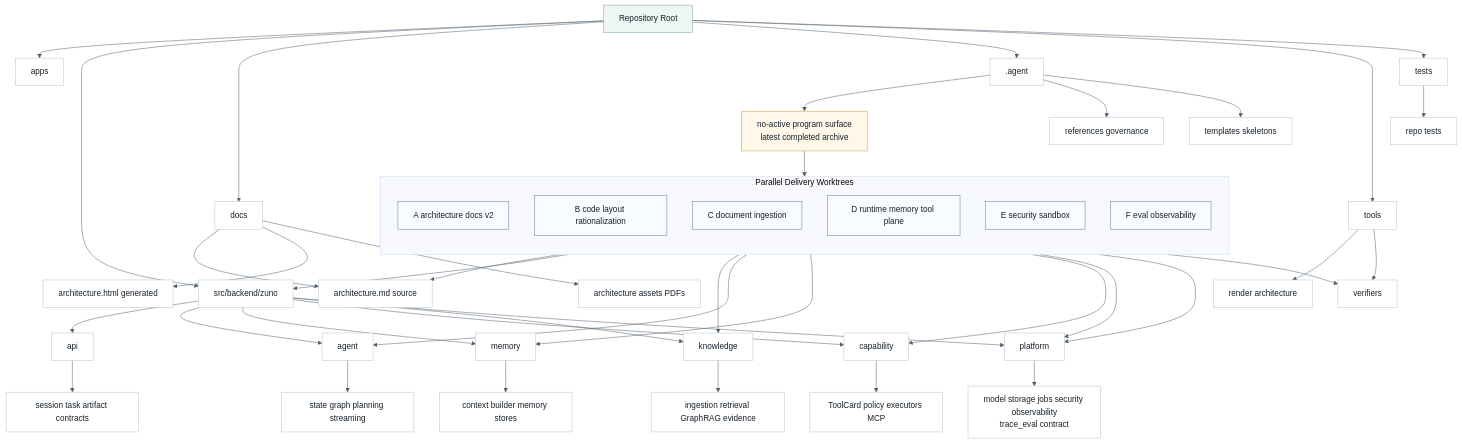
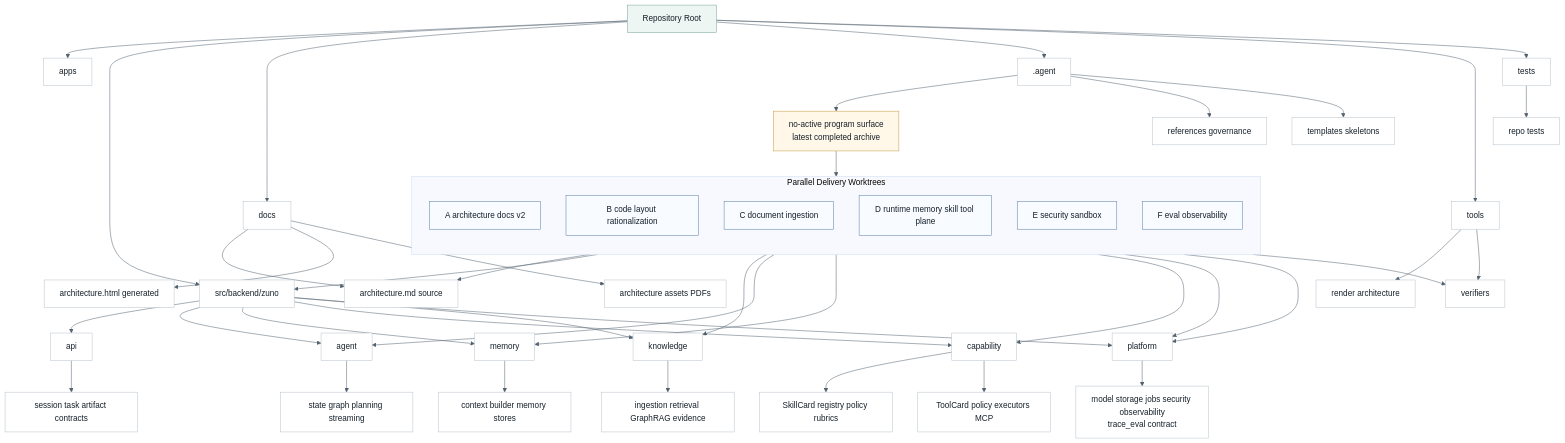
Before and after one commit to ProfessorZhi/Zuno: the second of 10 diagrams in .agent/architecture/architecture.md, drawn with Mermaid. The commit also changed other lines of this file and 12 other files, not shown here.

Commit message:
docs: define agent core capability architecture

````diff
--- a/.agent/architecture/architecture.md
+++ b/.agent/architecture/architecture.md
@@ -1309,59 +1424,60 @@
 ```mermaid
 %%{init: {"theme": "base", "themeVariables": {"background": "#f7f8fb", "lineColor": "#52616f"}}}%%
 flowchart TB
   classDef node fill:#ffffff,stroke:#b8c2cc,stroke-width:1px,color:#16202a;
   classDef accent fill:#eef6f3,stroke:#7aa59a,stroke-width:1px,color:#16202a;
   classDef guard fill:#fff8e8,stroke:#c59b43,stroke-width:1px,color:#16202a;
   classDef work fill:#f8fbff,stroke:#5b7fa3,stroke-width:1px,color:#16202a;
 
   R["Repository Root"]:::accent
   R --> APPS["apps"]
   R --> BACKEND["src/backend/zuno"]
   R --> DOCS["docs"]
   R --> AGENT[".agent"]
   R --> TOOLS["tools"]
   R --> TESTS["tests"]
   BACKEND --> API["api"]
   BACKEND --> AG["agent"]
   BACKEND --> MEM["memory"]
   BACKEND --> CAP["capability"]
   BACKEND --> KNO["knowledge"]
   BACKEND --> PLA["platform"]
   API --> APISTATE["session task artifact contracts"]
   AG --> RUNTIME["state graph planning streaming"]
   MEM --> MEMSYS["context builder memory stores"]
+  CAP --> SKILLSYS["SkillCard registry policy rubrics"]
   CAP --> TOOLSYS["ToolCard policy executors MCP"]
   KNO --> KNOWSYS["ingestion retrieval GraphRAG evidence"]
   PLA --> PLATSYS["model storage jobs security observability<br/>trace_eval contract"]
   DOCS --> FORMAL["architecture.md source"]
   DOCS --> HTML["architecture.html generated"]
   DOCS --> ASSETS["architecture assets PDFs"]
   AGENT --> PROGRAM["no-active program surface<br/>latest completed archive"]:::guard
   AGENT --> REFS["references governance"]
   AGENT --> TPL["templates skeletons"]
   TOOLS --> RENDER["render architecture"]
   TOOLS --> VERIFY["verifiers"]
   TESTS --> REPO["repo tests"]
 
   subgraph WORK["Parallel Delivery Worktrees"]
     direction TB
     WA["A architecture docs v2"]:::work
     WB["B code layout rationalization"]:::work
     WC["C document ingestion"]:::work
-    WD["D runtime memory tool plane"]:::work
+    WD["D runtime memory skill tool plane"]:::work
     WE["E security sandbox"]:::work
     WF["F eval observability"]:::work
   end
 
   PROGRAM --> WORK
   WA --> FORMAL
   WB --> BACKEND
   WC --> KNO
   WD --> AG
   WD --> MEM
   WD --> CAP
   WE --> PLA
   WF --> PLA
   WORK --> VERIFY
-  class APPS,BACKEND,DOCS,AGENT,TOOLS,TESTS,API,AG,MEM,CAP,KNO,PLA,APISTATE,RUNTIME,MEMSYS,TOOLSYS,KNOWSYS,PLATSYS,FORMAL,HTML,ASSETS,REFS,TPL,RENDER,VERIFY,REPO node;
+  class APPS,BACKEND,DOCS,AGENT,TOOLS,TESTS,API,AG,MEM,CAP,KNO,PLA,APISTATE,RUNTIME,MEMSYS,SKILLSYS,TOOLSYS,KNOWSYS,PLATSYS,FORMAL,HTML,ASSETS,REFS,TPL,RENDER,VERIFY,REPO node;
 ```
````
